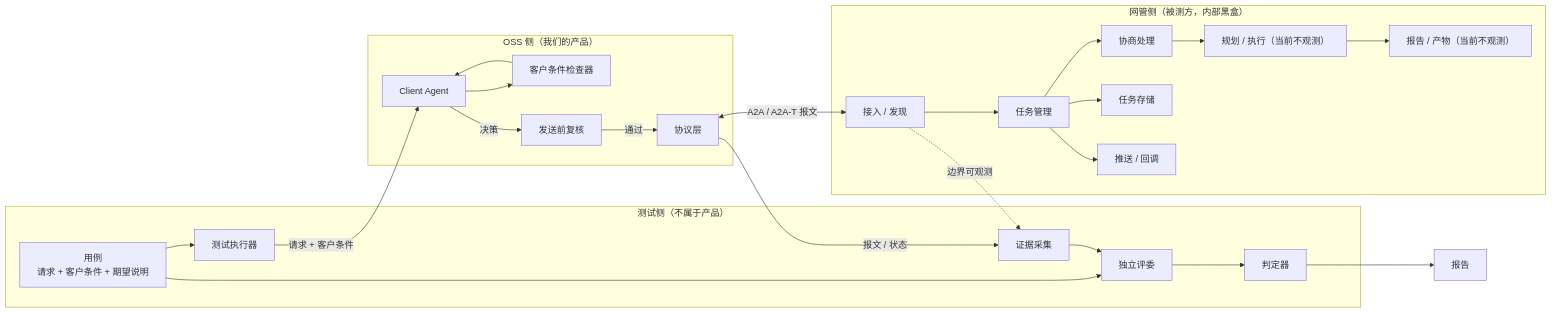
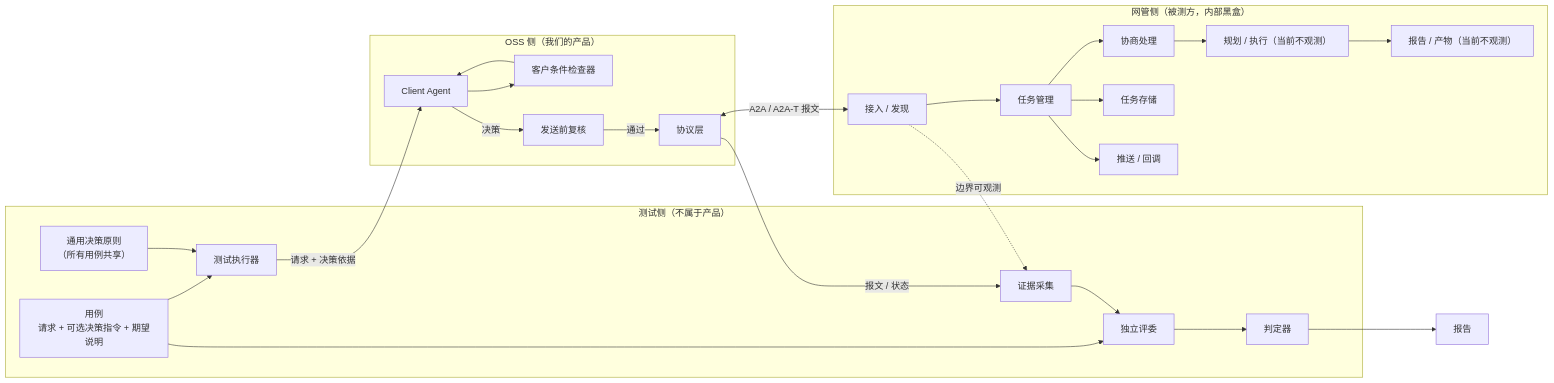
Before and after one commit to project-openan/a2a-t-sdk-python: the first of 11 diagrams in a2a-t-sample/ran-energy-saving/TESTER-ARCHITECTURE.md, drawn with Mermaid. The commit also changed other lines of this file, not shown here.

````diff
--- a/a2a-t-sample/ran-energy-saving/TESTER-ARCHITECTURE.md
+++ b/a2a-t-sample/ran-energy-saving/TESTER-ARCHITECTURE.md
@@ -13,48 +13,50 @@
 ```mermaid
 flowchart LR
   subgraph TEST["测试侧（不属于产品）"]
-    C["用例<br/>请求 + 客户条件 + 期望说明"]
+    C["用例<br/>请求 + 可选决策指令 + 期望说明"]
+    GP["通用决策原则<br/>（所有用例共享）"]
     H["测试执行器"]
     EV["证据采集"]
     JD["判定器"]
     JI["独立评委"]
   end
 
   subgraph OSS["OSS 侧（我们的产品）"]
     CA["Client Agent"]
     CK["客户条件检查器"]
     G["发送前复核"]
     PL["协议层"]
   end
 
   subgraph NMS["网管侧（被测方，内部黑盒）"]
     N1["接入 / 发现"]
     N2["任务管理"]
     N3["协商处理"]
     N4["规划 / 执行（当前不观测）"]
     N5["任务存储"]
     N6["推送 / 回调"]
     N7["报告 / 产物（当前不观测）"]
   end
 
   C --> H
-  H -- "请求 + 客户条件" --> CA
+  GP --> H
+  H -- "请求 + 决策依据" --> CA
   CA --> CK
   CK --> CA
   CA -- "决策" --> G
   G -- "通过" --> PL
   PL <-->|"A2A / A2A-T 报文"| N1
   N1 --> N2
   N2 --> N3
   N2 --> N5
   N2 --> N6
   N3 --> N4
   N4 --> N7
 
   PL -- "报文 / 状态" --> EV
   N1 -. "边界可观测" .-> EV
   C --> JI
   EV --> JI
   JI --> JD
   JD --> X["报告"]
 ```
````
